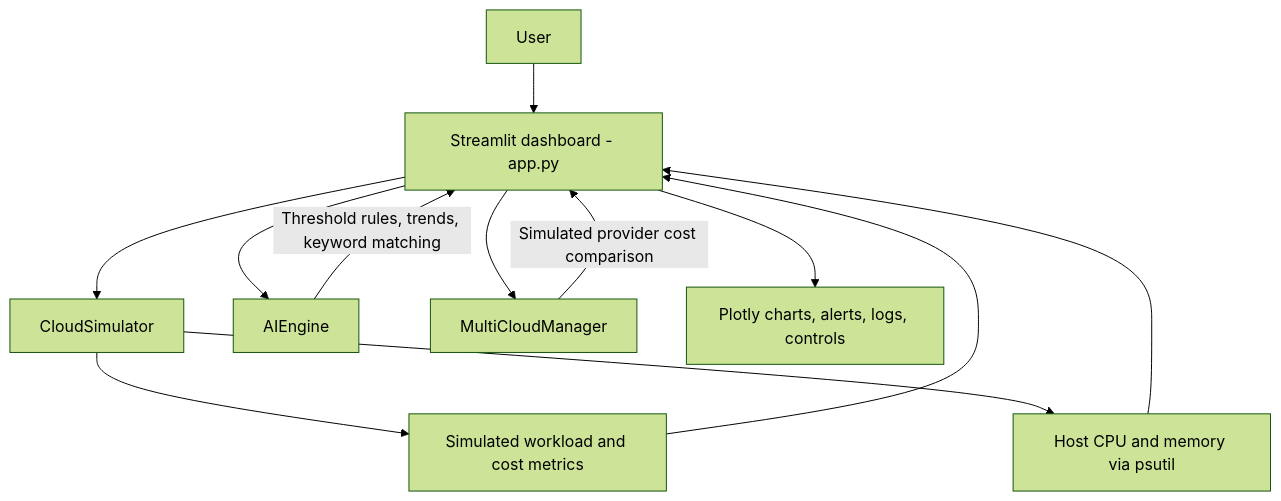
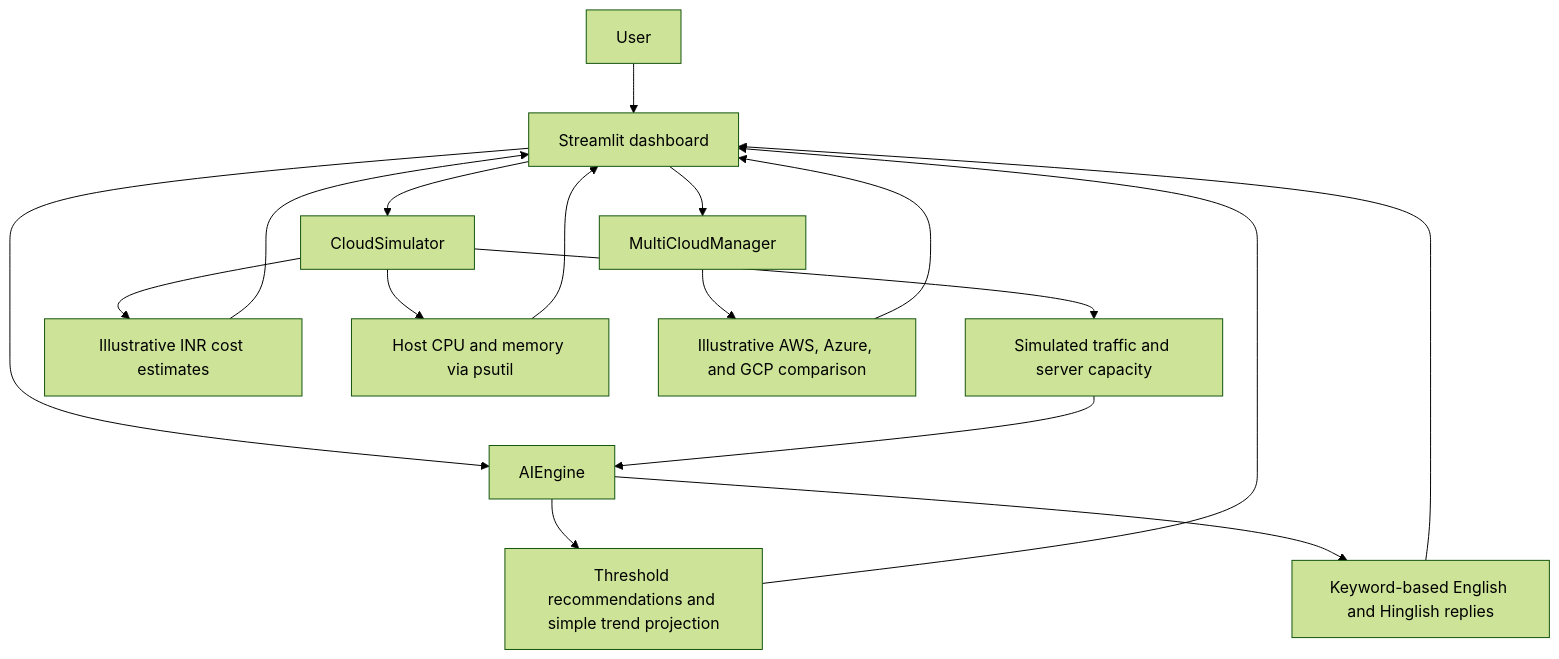
Before and after one commit to Shreyansh01234/autocloud-ai: the diagram in README.md, drawn with Mermaid (forest theme). The commit also changed other lines of this file, not shown here.

````diff
--- a/README.md
+++ b/README.md
@@ -24,14 +40,19 @@
 ```mermaid
 flowchart TD
-    U[User] --> UI[Streamlit dashboard - app.py]
+    USER[User] --> UI[Streamlit dashboard]
     UI --> SIM[CloudSimulator]
-    UI --> AI[AIEngine]
-    UI --> MC[MultiCloudManager]
-    SIM --> METRICS[Simulated workload and cost metrics]
+    UI --> RULES[AIEngine]
+    UI --> CLOUDS[MultiCloudManager]
+    SIM --> LOAD[Simulated traffic and server capacity]
+    SIM --> COST[Illustrative INR cost estimates]
     SIM --> HOST[Host CPU and memory via psutil]
-    METRICS --> UI
+    LOAD --> RULES
+    RULES --> DECISION[Threshold recommendations and simple trend projection]
+    RULES --> CHAT[Keyword-based English and Hinglish replies]
+    CLOUDS --> PROVIDERS[Illustrative AWS, Azure, and GCP comparison]
+    DECISION --> UI
+    CHAT --> UI
+    COST --> UI
     HOST --> UI
-    AI -->|Threshold rules, trends, keyword matching| UI
-    MC -->|Simulated provider cost comparison| UI
-    UI --> CHARTS[Plotly charts, alerts, logs, controls]
+    PROVIDERS --> UI
 ```
````
